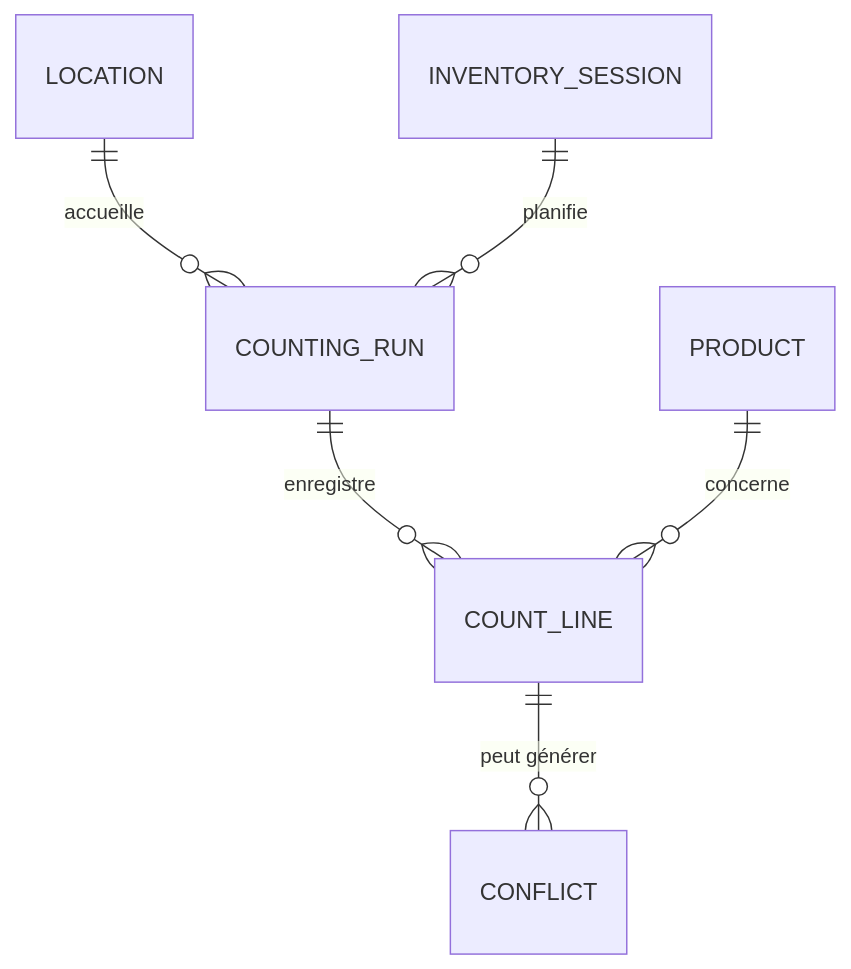
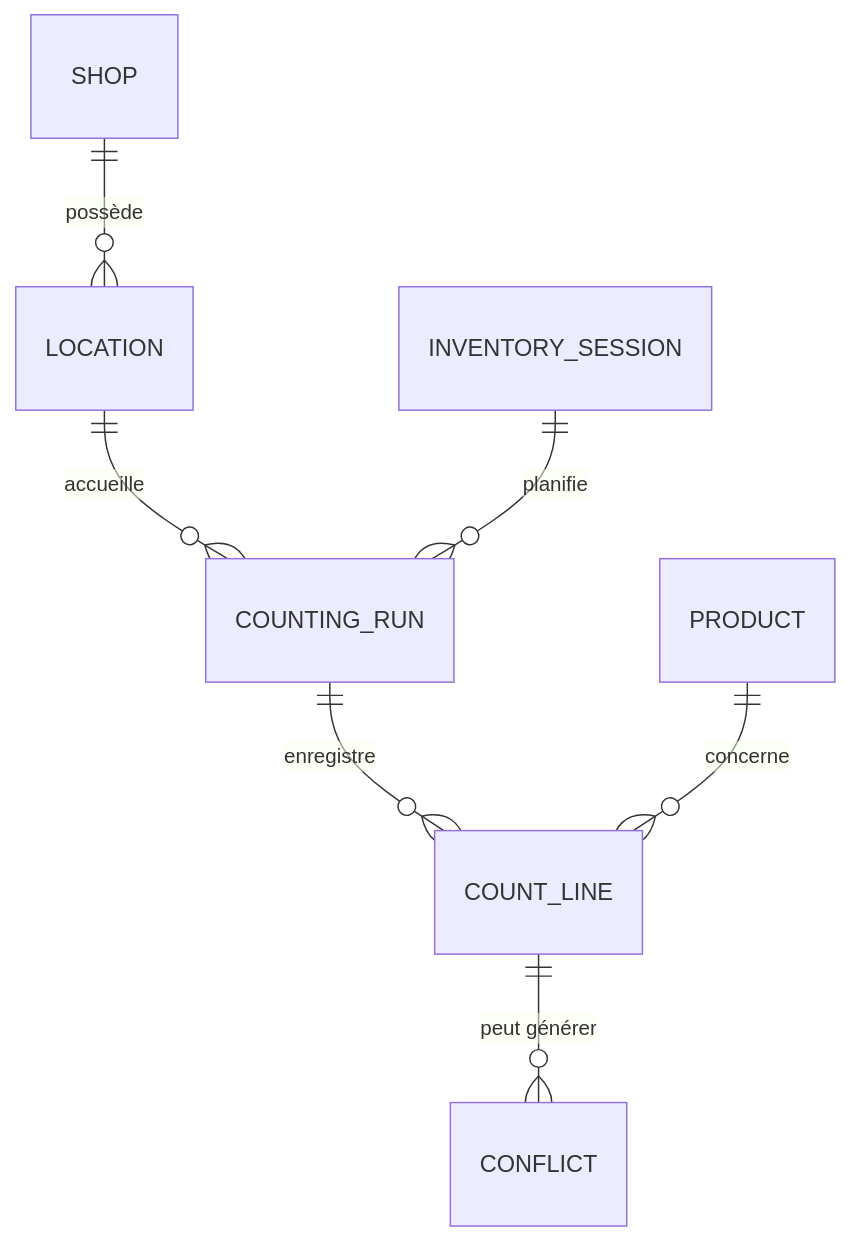
The first of 2 diagrams in docs/database/README.md (TSF-IT/CineBoutique-Inventaire), drawn with Mermaid before and after one commit. The commit also changed other lines of this file and 8 other files, not shown here.

Commit message:
feat(db): add shop entity and location relation

````diff
--- a/docs/database/README.md
+++ b/docs/database/README.md
@@ -7,8 +7,9 @@
 ```mermaid
 erDiagram
+    SHOP ||--o{ LOCATION : "possède"
     LOCATION ||--o{ COUNTING_RUN : "accueille"
     INVENTORY_SESSION ||--o{ COUNTING_RUN : "planifie"
     COUNTING_RUN ||--o{ COUNT_LINE : "enregistre"
     PRODUCT ||--o{ COUNT_LINE : "concerne"
     COUNT_LINE ||--o{ CONFLICT : "peut générer"
 ```
````
